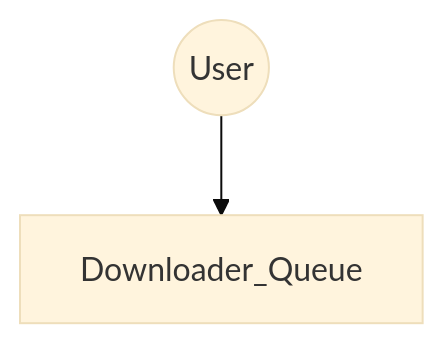
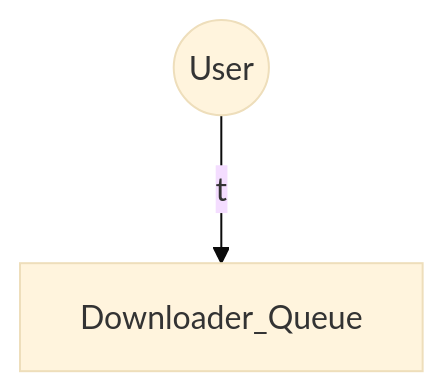
The diagram in README.md (reyapr/mermaid-playground), drawn with Mermaid (base theme) before and after one commit.

````diff
--- a/README.md
+++ b/README.md
@@ -7,6 +7,6 @@
 ``` mermaid
     flowchart TB
-    User((User))-->Downloader_Queue
+    User((User))--t-->Downloader_Queue
    
 
 ```   
````
